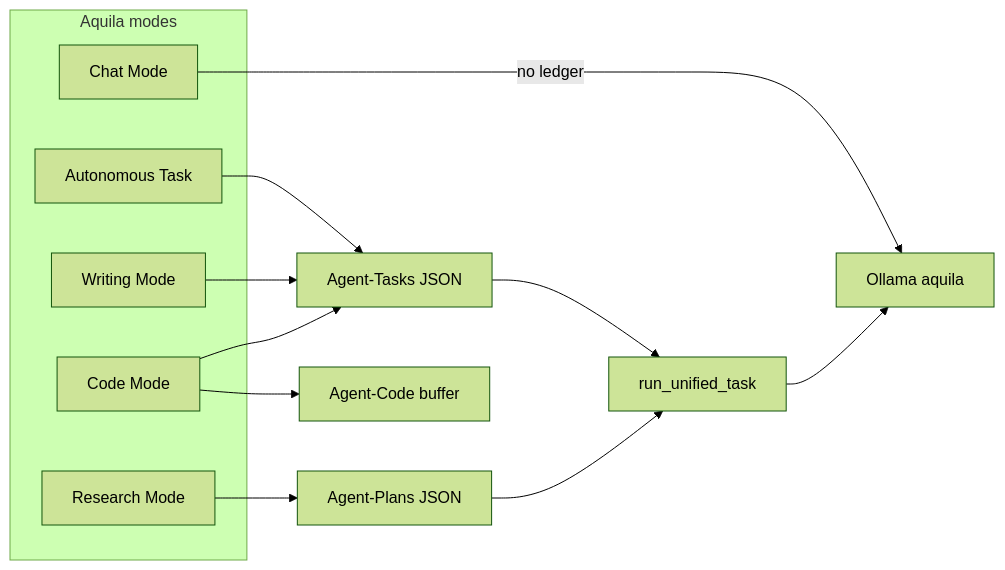
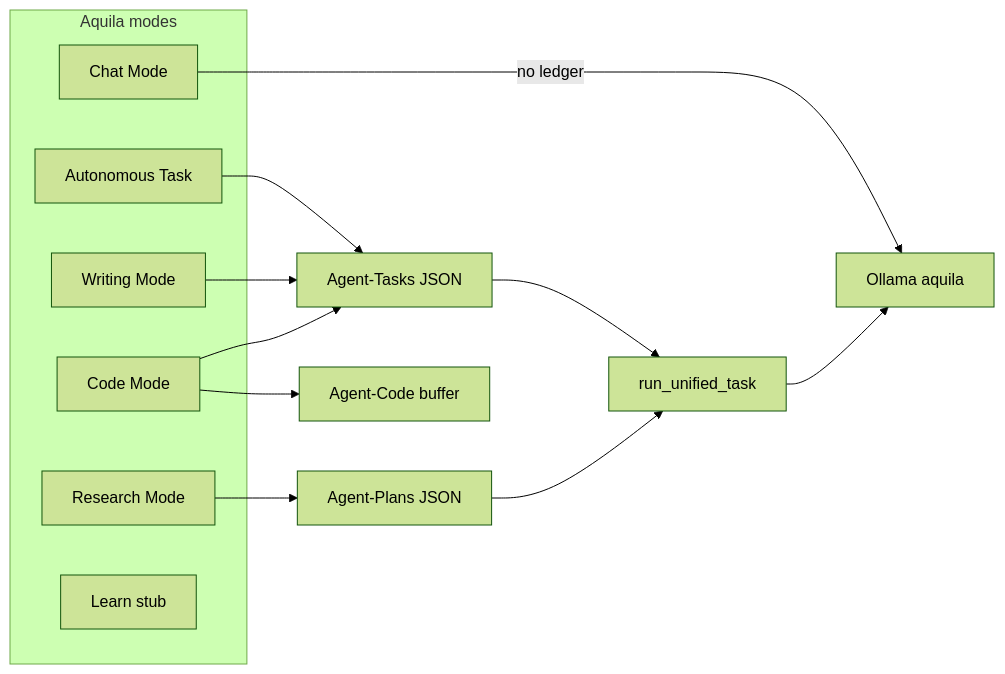
Before and after one commit to Xydra01/AquilaAI: the diagram in README.md, drawn with Mermaid (forest theme). The commit also changed other lines of this file and 36 other files, not shown here.

````diff
--- a/README.md
+++ b/README.md
@@ -214,19 +246,20 @@
 ```mermaid
 flowchart LR
     subgraph modes [Aquila modes]
         Chat[Chat Mode]
         Task[Autonomous Task]
         Research[Research Mode]
         Writing[Writing Mode]
         Code[Code Mode]
+        Learn[Learn stub]
     end
     Chat -->|no ledger| Ollama[Ollama aquila]
     Task --> LedgerTasks[Agent-Tasks JSON]
     Research --> LedgerPlans[Agent-Plans JSON]
     Writing --> LedgerTasks
     Code --> LedgerTasks
     Code --> CodeBuf[Agent-Code buffer]
     LedgerTasks --> Loop[run_unified_task]
     LedgerPlans --> Loop
     Loop --> Ollama
 ```
````
